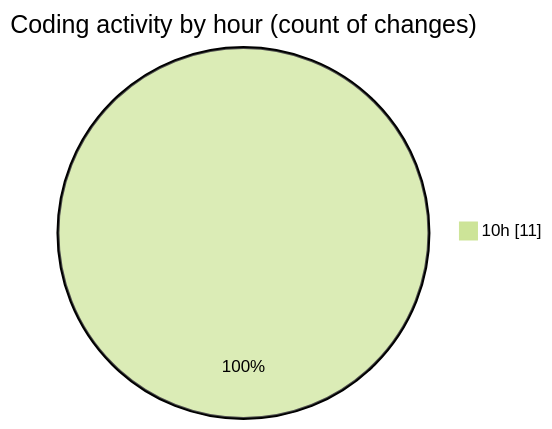
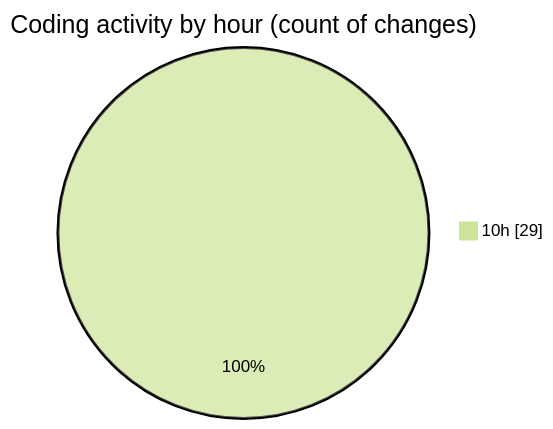
One commit to momahboobian/code-tracking changed the second of 2 diagrams in 2025-06-05/cda/README.md. Above: the diagram before and after it, drawn with Mermaid (forest theme). The commit also changed other lines of this file and 1 other file, not shown here.

````diff
--- a/2025-06-05/cda/README.md
+++ b/2025-06-05/cda/README.md
@@ -28,5 +40,5 @@
 ```mermaid
 pie showData
 title Coding activity by hour (count of changes)
-"10h" : 11
+"10h" : 29
 ```
````
